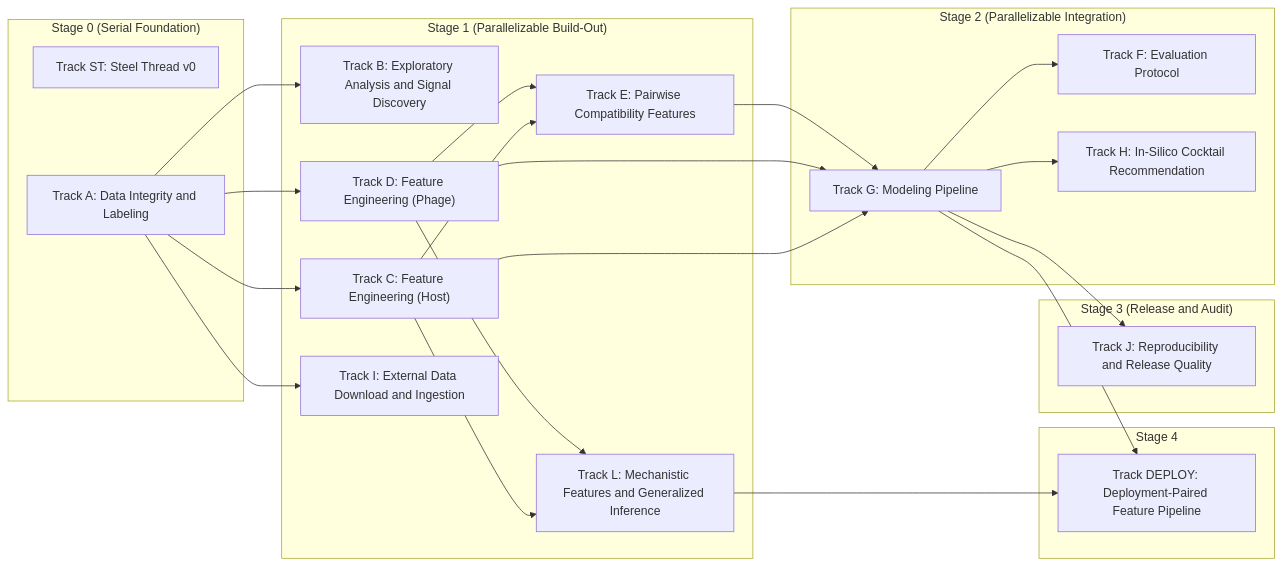
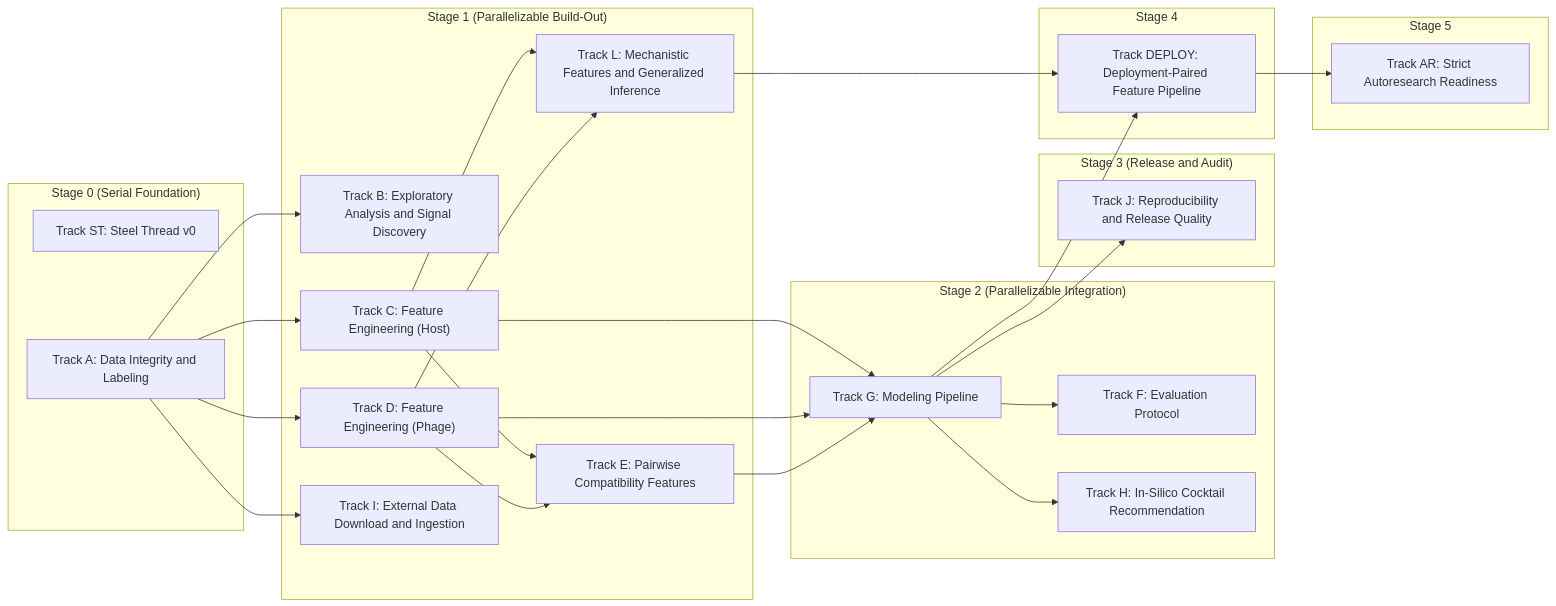
The diagram in lyzortx/research_notes/PLAN.md (LorenaDerezanin/coli_phage_interactions_2023), drawn with Mermaid before and after one commit. The commit also changed other lines of this file and 4 other files, not shown here.

Commit message:
Add strict autoresearch readiness track

````diff
--- a/lyzortx/research_notes/PLAN.md
+++ b/lyzortx/research_notes/PLAN.md
@@ -7,47 +7,52 @@
 ```mermaid
 graph LR
   subgraph s0["Stage 0 (Serial Foundation)"]
     tst["Track ST: Steel Thread v0"]
     ta["Track A: Data Integrity and Labeling"]
   end
 
   subgraph s1["Stage 1 (Parallelizable Build-Out)"]
     tb["Track B: Exploratory Analysis and Signal Discovery"]
     tc["Track C: Feature Engineering (Host)"]
     td["Track D: Feature Engineering (Phage)"]
     te["Track E: Pairwise Compatibility Features"]
     ti["Track I: External Data Download and Ingestion"]
     tl["Track L: Mechanistic Features and Generalized Inference"]
   end
 
   subgraph s2["Stage 2 (Parallelizable Integration)"]
     tf["Track F: Evaluation Protocol"]
     tg["Track G: Modeling Pipeline"]
     th["Track H: In-Silico Cocktail Recommendation"]
   end
 
   subgraph s3["Stage 3 (Release and Audit)"]
     tj["Track J: Reproducibility and Release Quality"]
   end
 
   subgraph s4["Stage 4"]
     tdeploy["Track DEPLOY: Deployment-Paired Feature Pipeline"]
   end
 
+  subgraph s5["Stage 5"]
+    tar["Track AR: Strict Autoresearch Readiness"]
+  end
+
   ta --> tb
   ta --> tc
   ta --> td
   tc --> te
   td --> te
   tg --> tf
   tc --> tg
   td --> tg
   te --> tg
   tg --> th
   ta --> ti
   tc --> tl
   td --> tl
   tg --> tj
   tl --> tdeploy
   tg --> tdeploy
+  tdeploy --> tar
 ```
````
